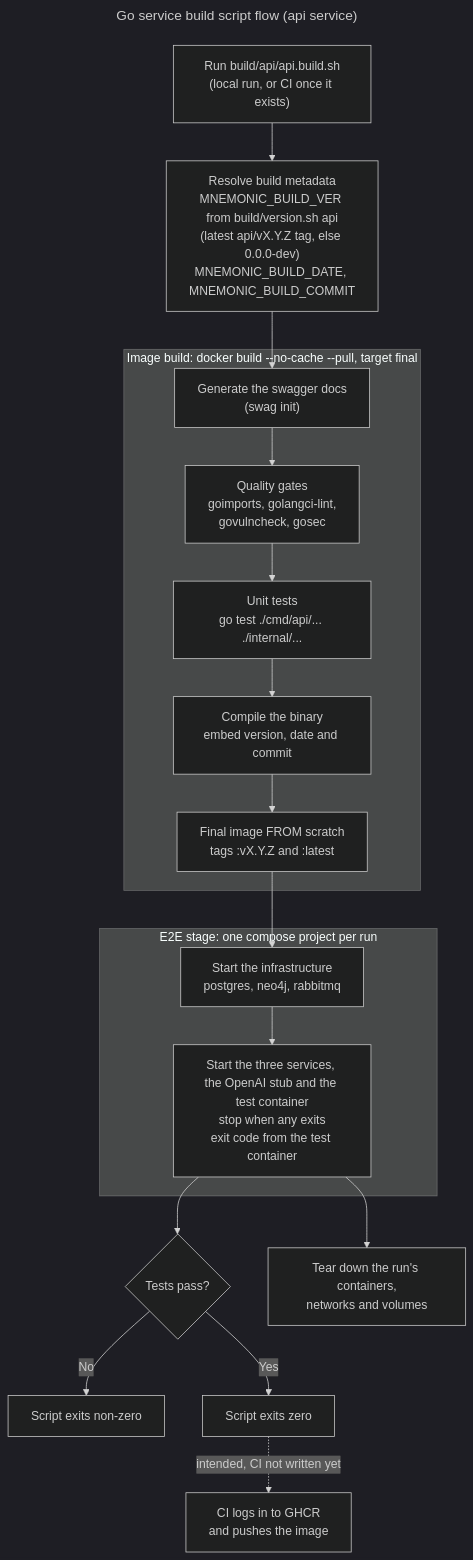
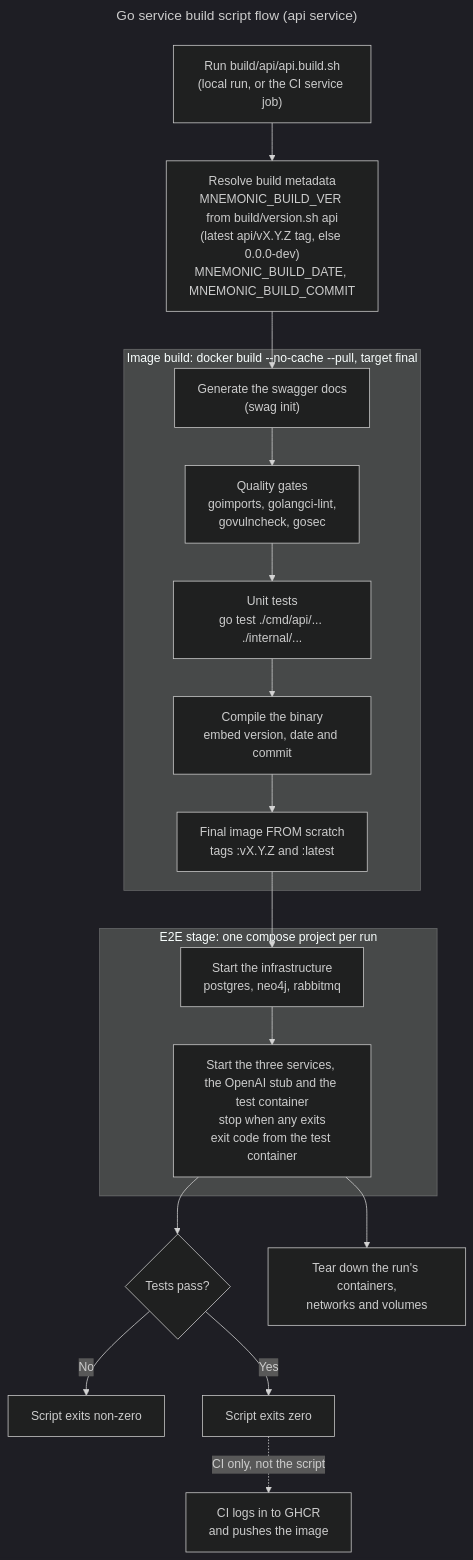
Before and after one commit to twistingmercury/mnemonic: the diagram in docs/design/diagrams/example-go-ci-cd-diagram.md, drawn with Mermaid (dark theme). The commit also changed other lines of this file and 15 other files, not shown here.

Commit message:
Remove the CI-not-written statements the workflow made false

````diff
--- a/docs/design/diagrams/example-go-ci-cd-diagram.md
+++ b/docs/design/diagrams/example-go-ci-cd-diagram.md
@@ -15,27 +15,27 @@
 ```mermaid
 ---
 title: Go service build script flow (api service)
 ---
 flowchart TD
-    A["Run build/api/api.build.sh<br/>(local run, or CI once it exists)"] --> B["Resolve build metadata<br/>MNEMONIC_BUILD_VER from build/version.sh api<br/>(latest api/vX.Y.Z tag, else 0.0.0-dev)<br/>MNEMONIC_BUILD_DATE, MNEMONIC_BUILD_COMMIT"]
+    A["Run build/api/api.build.sh<br/>(local run, or the CI service job)"] --> B["Resolve build metadata<br/>MNEMONIC_BUILD_VER from build/version.sh api<br/>(latest api/vX.Y.Z tag, else 0.0.0-dev)<br/>MNEMONIC_BUILD_DATE, MNEMONIC_BUILD_COMMIT"]
 
     subgraph C0["Image build: docker build --no-cache --pull, target final"]
         C["Generate the swagger docs<br/>(swag init)"] --> C1["Quality gates<br/>goimports, golangci-lint,<br/>govulncheck, gosec"]
         C1 --> C2["Unit tests<br/>go test ./cmd/api/... ./internal/..."]
         C2 --> C3["Compile the binary<br/>embed version, date and commit"]
         C3 --> C4["Final image FROM scratch<br/>tags :vX.Y.Z and :latest"]
     end
 
     B --> C
 
     subgraph D0["E2E stage: one compose project per run"]
         E["Start the infrastructure<br/>postgres, neo4j, rabbitmq"] --> G["Start the three services, the OpenAI stub and the test container<br/>stop when any exits<br/>exit code from the test container"]
     end
 
     C4 --> E
     G --> H{"Tests pass?"}
     H -->|No| I["Script exits non-zero"]
     H -->|Yes| J["Script exits zero"]
     G --> K["Tear down the run's containers,<br/>networks and volumes"]
-    J -.->|"intended, CI not written yet"| L["CI logs in to GHCR<br/>and pushes the image"]
+    J -.->|"CI only, not the script"| L["CI logs in to GHCR<br/>and pushes the image"]
 ```
````
